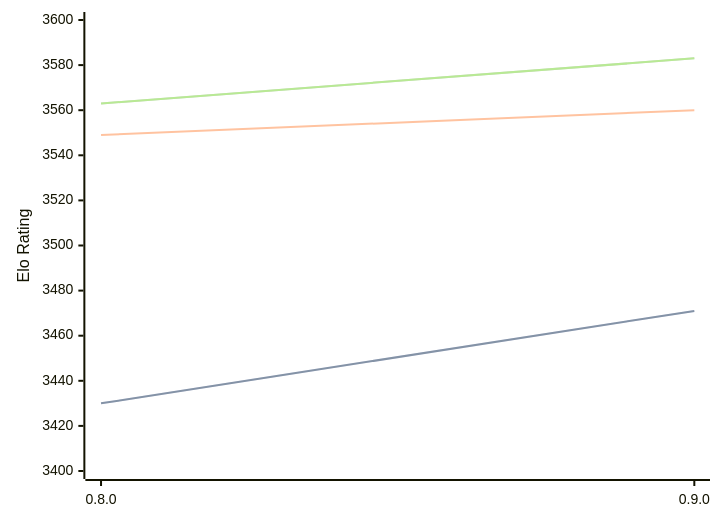
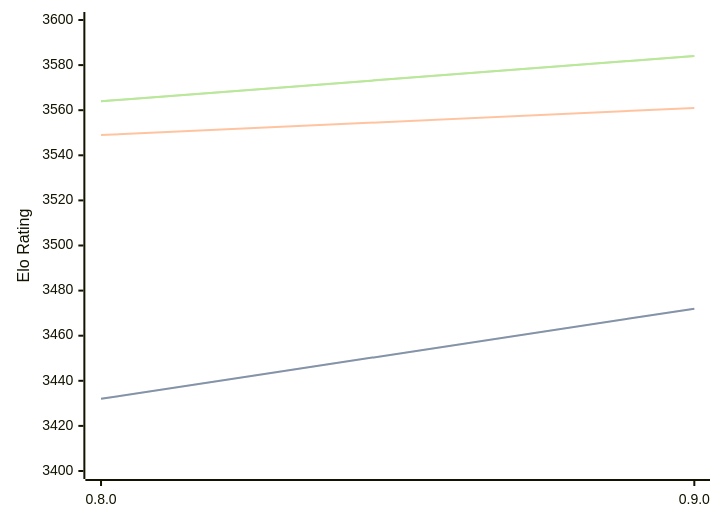
The diagram in engines/Reckless.md (computer-chess-index/cci), drawn with Mermaid before and after one commit. The commit also changed other lines of this file, not shown here.

Commit message:
Update CCI Ratings (ELO VLTC) - 2026-07-25

````diff
--- a/engines/Reckless.md
+++ b/engines/Reckless.md
@@ -39,11 +39,11 @@
 ```mermaid
 %%{init: {"theme":"base","themeVariables":{"seriesColors:['#a3a3a3','#222221','#faa371']}}}%%
 xychart-beta
   x-axis ["0.8.0", "0.9.0"]
   y-axis "Elo Rating" 3400 --> 3600
-  line "STC (8.0+0.08s)" [3430, 3471]
-  line "STC (8.0+0.08s)" [3430, 3471]
-  line "LTC (60.0+0.60s)" [3549, 3560]
-  line "VLTC (2m24s+1.12s)" [3563, 3583]
-  line "VLTC (2m24s+1.12s)" [3563, 3583]
+  line "STC (8.0+0.08s)" [3432, 3472]
+  line "STC (8.0+0.08s)" [3432, 3472]
+  line "LTC (60.0+0.60s)" [3549, 3561]
+  line "VLTC (2m24s+1.12s)" [3564, 3584]
+  line "VLTC (2m24s+1.12s)" [3564, 3584]
 ```
````
